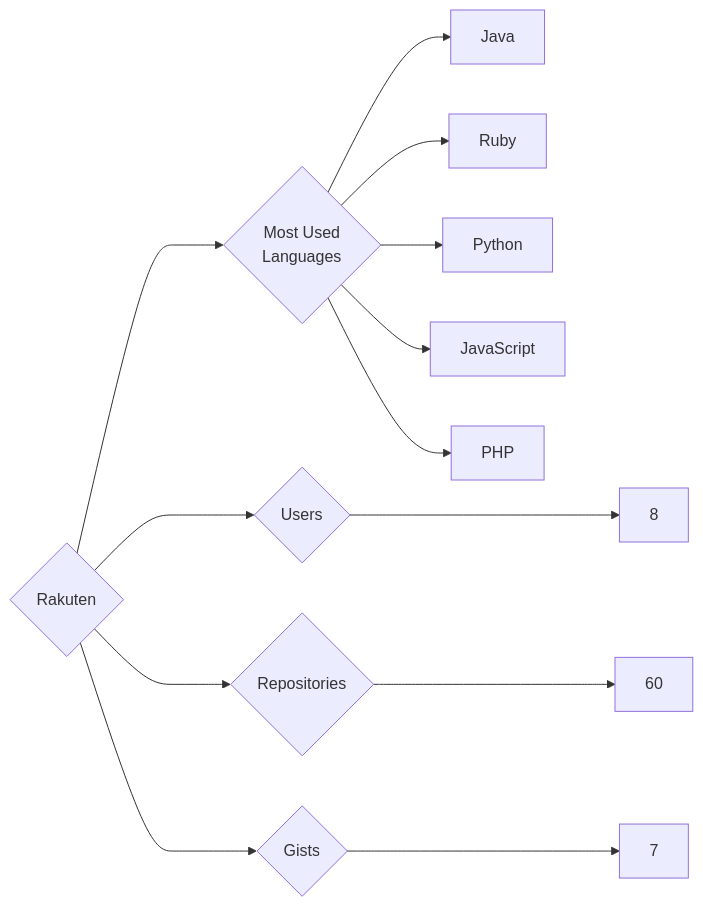
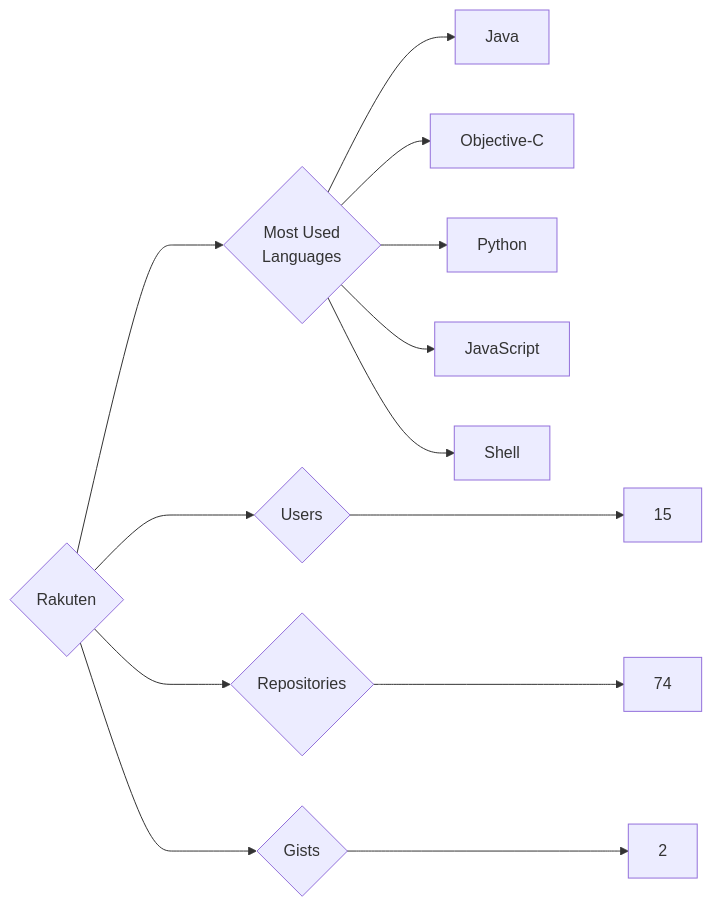
The diagram in targets/Rakuten/README.md (trickest/insiders), drawn with Mermaid before and after one commit. The commit also changed 814 other files, not shown here.

````diff
--- a/targets/Rakuten/README.md
+++ b/targets/Rakuten/README.md
@@ -3,13 +3,13 @@
 ```mermaid
 graph LR
 COMPANY_NAME{Rakuten}
-COMPANY_NAME ---> U{Users} ---> UN[8]
-COMPANY_NAME ---> R{Repositories} ---> RN[60]
-COMPANY_NAME ---> G{Gists} ---> GN[7]
+COMPANY_NAME ---> U{Users} ---> UN[15]
+COMPANY_NAME ---> R{Repositories} ---> RN[74]
+COMPANY_NAME ---> G{Gists} ---> GN[2]
 COMPANY_NAME ---> ML{Most Used<br>Languages}
 ML --> Java[Java]
-ML --> Ruby[Ruby]
+ML --> Objective-C[Objective-C]
 ML --> Python[Python]
 ML --> JavaScript[JavaScript]
-ML --> PHP[PHP]
+ML --> Shell[Shell]
 ```
````
